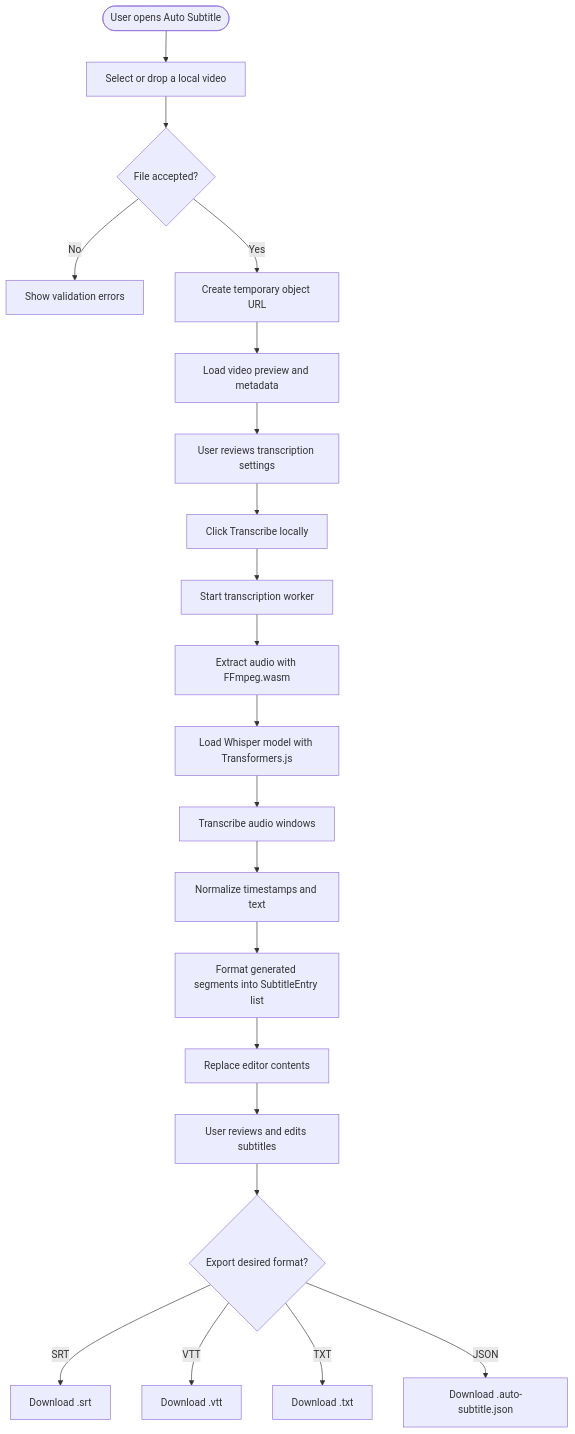
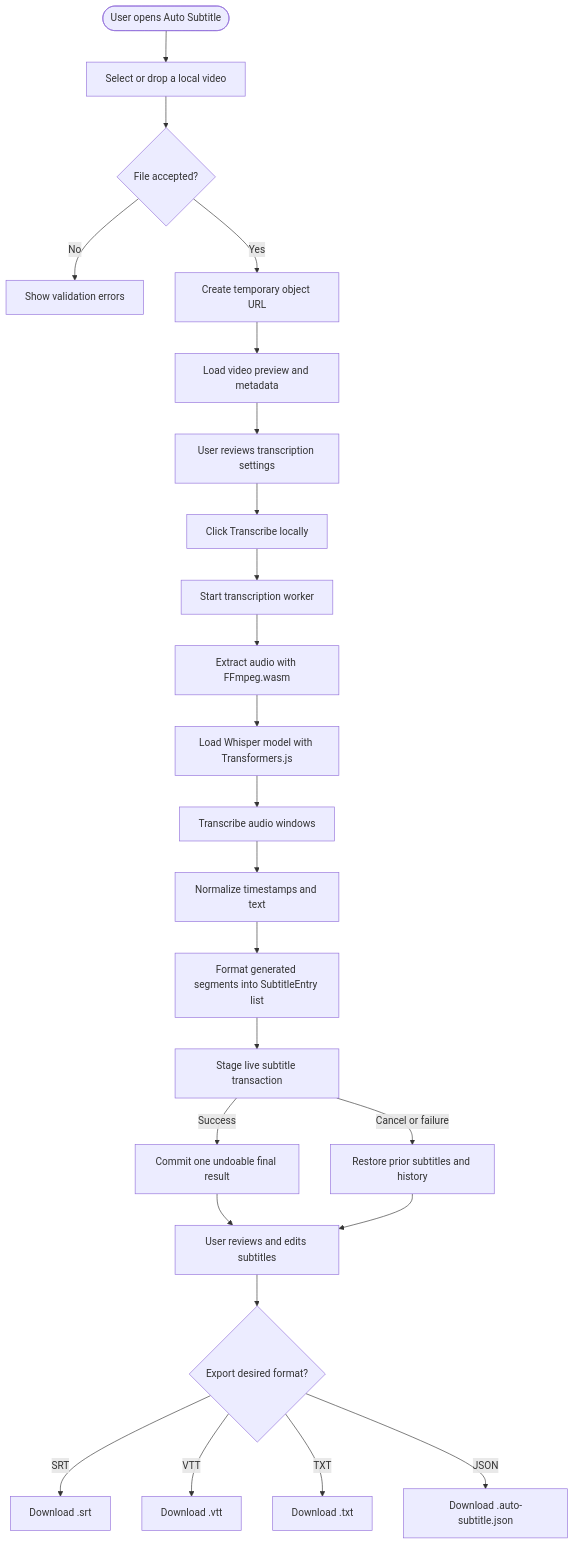
The third of 18 diagrams in docs/project-state.md (zxyandreay/auto-subtitle), drawn with Mermaid before and after one commit. The commit also changed other lines of this file and 38 other files, not shown here.

````diff
--- a/docs/project-state.md
+++ b/docs/project-state.md
@@ -262,23 +265,26 @@
 ```mermaid
 flowchart TD
     Start([User opens Auto Subtitle]) --> Select["Select or drop a local video"]
     Select --> Validate{"File accepted?"}
     Validate -->|No| ShowErrors["Show validation errors"]
     Validate -->|Yes| ObjectUrl["Create temporary object URL"]
     ObjectUrl --> Preview["Load video preview and metadata"]
     Preview --> Settings["User reviews transcription settings"]
     Settings --> StartTx["Click Transcribe locally"]
     StartTx --> Worker["Start transcription worker"]
     Worker --> Extract["Extract audio with FFmpeg.wasm"]
     Extract --> LoadModel["Load Whisper model with Transformers.js"]
     LoadModel --> Transcribe["Transcribe audio windows"]
     Transcribe --> Normalize["Normalize timestamps and text"]
     Normalize --> Format["Format generated segments into SubtitleEntry list"]
-    Format --> Replace["Replace editor contents"]
-    Replace --> Review["User reviews and edits subtitles"]
+    Format --> Transaction["Stage live subtitle transaction"]
+    Transaction -->|Success| Commit["Commit one undoable final result"]
+    Transaction -->|Cancel or failure| Rollback["Restore prior subtitles and history"]
+    Commit --> Review["User reviews and edits subtitles"]
+    Rollback --> Review
     Review --> Export{"Export desired format?"}
     Export -->|SRT| Srt["Download .srt"]
     Export -->|VTT| Vtt["Download .vtt"]
     Export -->|TXT| Txt["Download .txt"]
     Export -->|JSON| Json["Download .auto-subtitle.json"]
 ```
````
